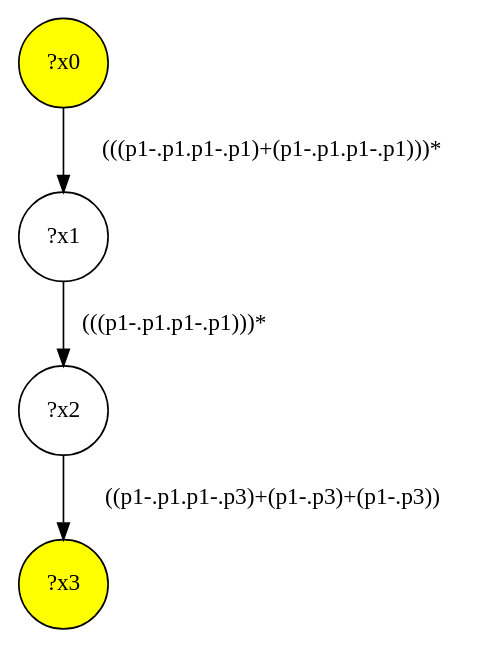
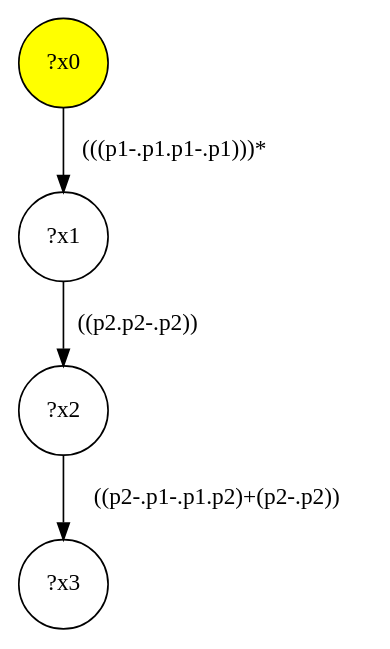
One commit to gbagan/gmark changed the diagram in src/queryinterface/interface-queries/query-8.dot. Above: the diagram before and after it, drawn with Graphviz. The commit also changed 150 other files, not shown here.

```diff
--- a/src/queryinterface/interface-queries/query-8.dot
+++ b/src/queryinterface/interface-queries/query-8.dot
@@ -1,9 +1,9 @@
 digraph g {
 	x0 [fillcolor="yellow", style="filled," shape=circle, label="?x0"];
-	x3 [fillcolor="yellow", style="filled," shape=circle, label="?x3"];
 	x1 [shape=circle, label="?x1"];
-	x0 -> x1 [label="(((p1-.p1.p1-.p1)+(p1-.p1.p1-.p1)))*"];
+	x0 -> x1 [label="(((p1-.p1.p1-.p1)))*"];
 	x2 [shape=circle, label="?x2"];
-	x1 -> x2 [label="(((p1-.p1.p1-.p1)))*"];
-	x2 -> x3 [label="((p1-.p1.p1-.p3)+(p1-.p3)+(p1-.p3))"];
+	x1 -> x2 [label="((p2.p2-.p2))"];
+	x3 [shape=circle, label="?x3"];
+	x2 -> x3 [label="((p2-.p1-.p1.p2)+(p2-.p2))"];
 }
```
